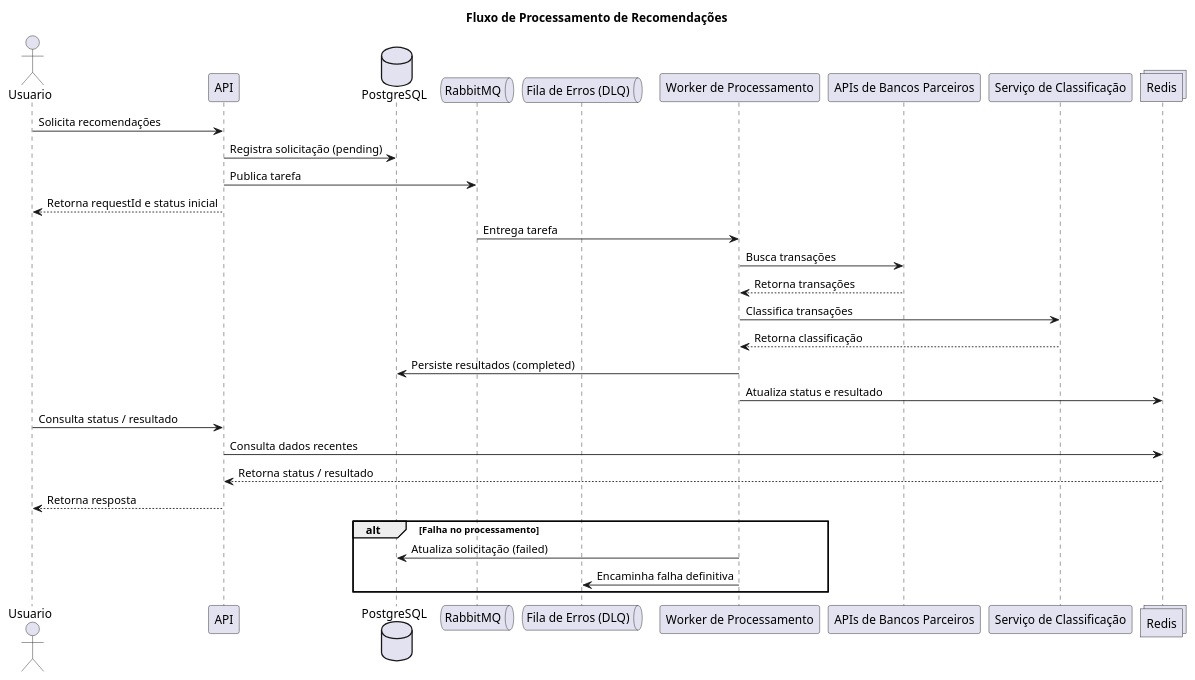
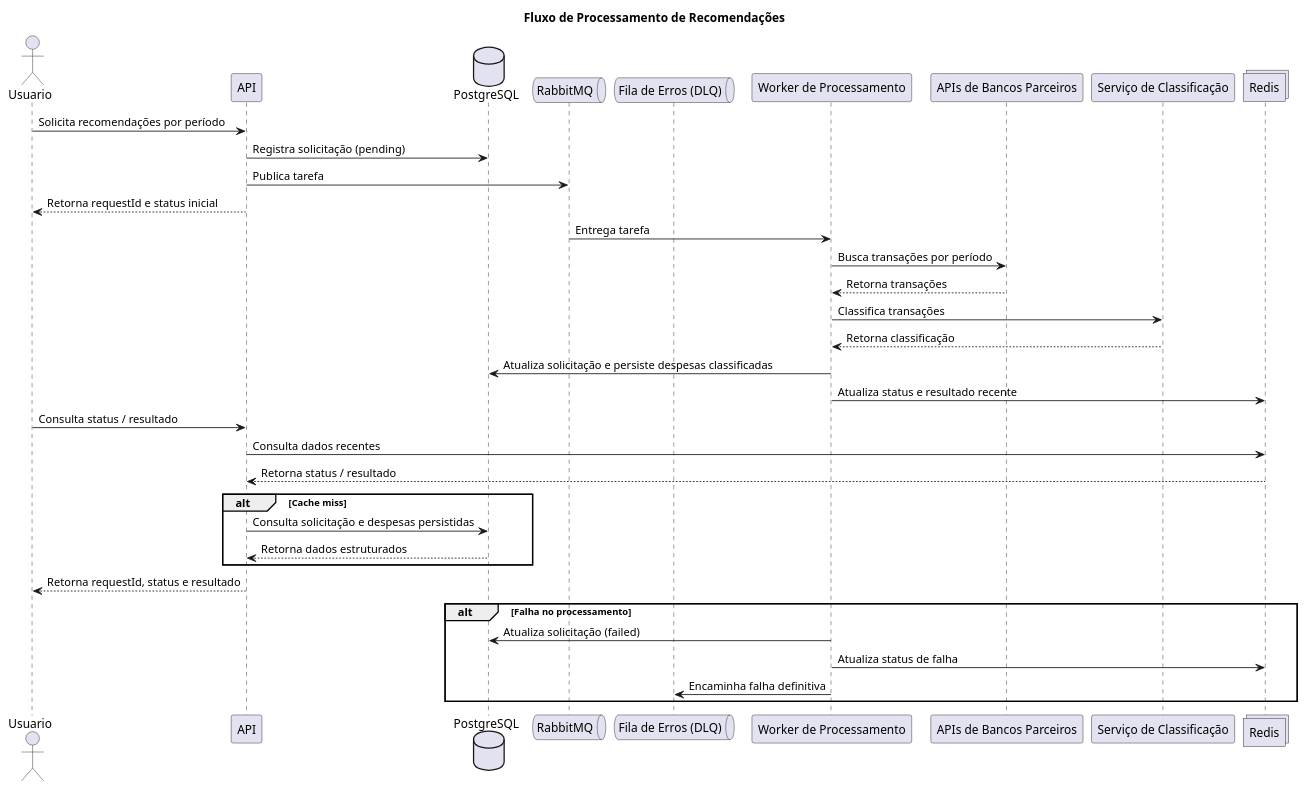
The diagram in 2__diagramas/2.4__fluxo-sequencia.puml (nelsera/idwall-desafio-arquitetura), drawn with PlantUML before and after one commit. The commit also changed 12 other files, not shown here.

Commit message:
feat(worker): padronizar mapeamento de categorias no processamento de transações

```diff
--- a/2__diagramas/2.4__fluxo-sequencia.puml
+++ b/2__diagramas/2.4__fluxo-sequencia.puml
@@ -1,40 +1,47 @@
 @startuml fluxo-sequencia
 
 title Fluxo de Processamento de Recomendações
 
 actor Usuario as usuario
 participant API as api
 database PostgreSQL as db
 queue "RabbitMQ" as fila
 queue "Fila de Erros (DLQ)" as dlq
 participant "Worker de Processamento" as worker
 participant "APIs de Bancos Parceiros" as bancos
 participant "Serviço de Classificação" as ml
 collections Redis as cache
 
-usuario -> api : Solicita recomendações
+usuario -> api : Solicita recomendações por período
 api -> db : Registra solicitação (pending)
 api -> fila : Publica tarefa
 api --> usuario : Retorna requestId e status inicial
 
 fila -> worker : Entrega tarefa
-worker -> bancos : Busca transações
+worker -> bancos : Busca transações por período
 bancos --> worker : Retorna transações
 
 worker -> ml : Classifica transações
 ml --> worker : Retorna classificação
 
-worker -> db : Persiste resultados (completed)
-worker -> cache : Atualiza status e resultado
+worker -> db : Atualiza solicitação e persiste despesas classificadas
+worker -> cache : Atualiza status e resultado recente
 
 usuario -> api : Consulta status / resultado
 api -> cache : Consulta dados recentes
 cache --> api : Retorna status / resultado
-api --> usuario : Retorna resposta
+
+alt Cache miss
+  api -> db : Consulta solicitação e despesas persistidas
+  db --> api : Retorna dados estruturados
+end
+
+api --> usuario : Retorna requestId, status e resultado
 
 alt Falha no processamento
   worker -> db : Atualiza solicitação (failed)
+  worker -> cache : Atualiza status de falha
   worker -> dlq : Encaminha falha definitiva
 end
 
 @enduml
```
